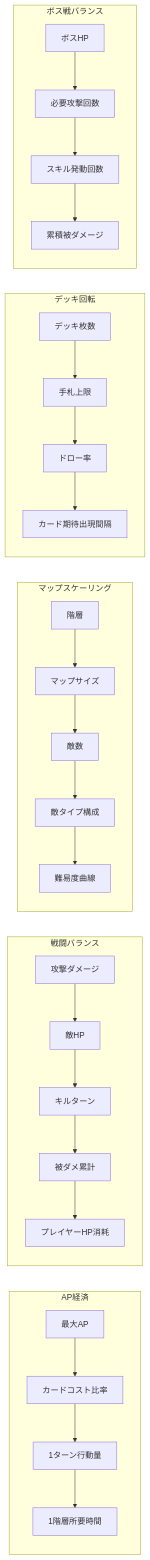
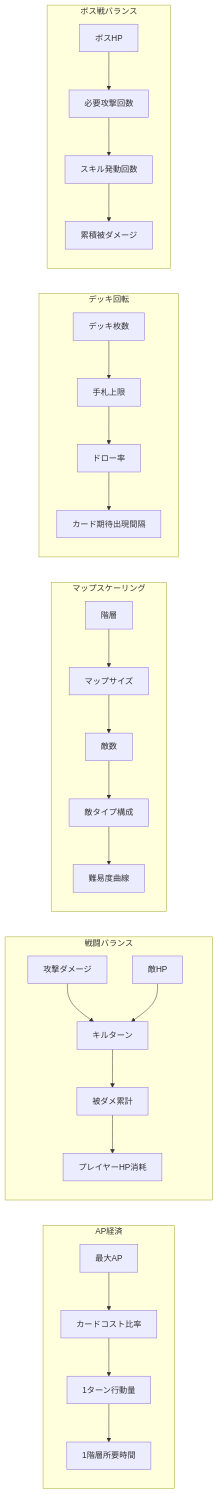
One commit to 2rumaki-playground/game-001-dungeon-cards changed the diagram in docs/spec/balance-sheet.md. Above: the diagram before and after it, drawn with Mermaid.

Commit message:
docs: 戦闘バランスのMermaid影響関係を修正

````diff
--- a/docs/spec/balance-sheet.md
+++ b/docs/spec/balance-sheet.md
@@ -122,34 +122,34 @@
 ```mermaid
 flowchart LR
     subgraph AP経済
         A1[最大AP] --> CC[カードコスト比率]
         CC --> TA[1ターン行動量]
         TA --> FT[1階層所要時間]
     end
 
     subgraph 戦闘バランス
-        D1[攻撃ダメージ] --> EHP[敵HP]
-        EHP --> KT[キルターン]
+        D1[攻撃ダメージ] --> KT[キルターン]
+        EHP[敵HP] --> KT[キルターン]
         KT --> TD[被ダメ累計]
         TD --> PH[プレイヤーHP消耗]
     end
 
     subgraph マップスケーリング
         FL[階層] --> MS[マップサイズ]
         MS --> EN[敵数]
         EN --> ET[敵タイプ構成]
         ET --> DC[難易度曲線]
     end
 
     subgraph デッキ回転
         DS[デッキ枚数] --> HL[手札上限]
         HL --> DR[ドロー率]
         DR --> CI[カード期待出現間隔]
     end
 
     subgraph ボス戦バランス
         BH[ボスHP] --> AR[必要攻撃回数]
         AR --> SC[スキル発動回数]
         SC --> BD[累積被ダメージ]
     end
 ```
````
